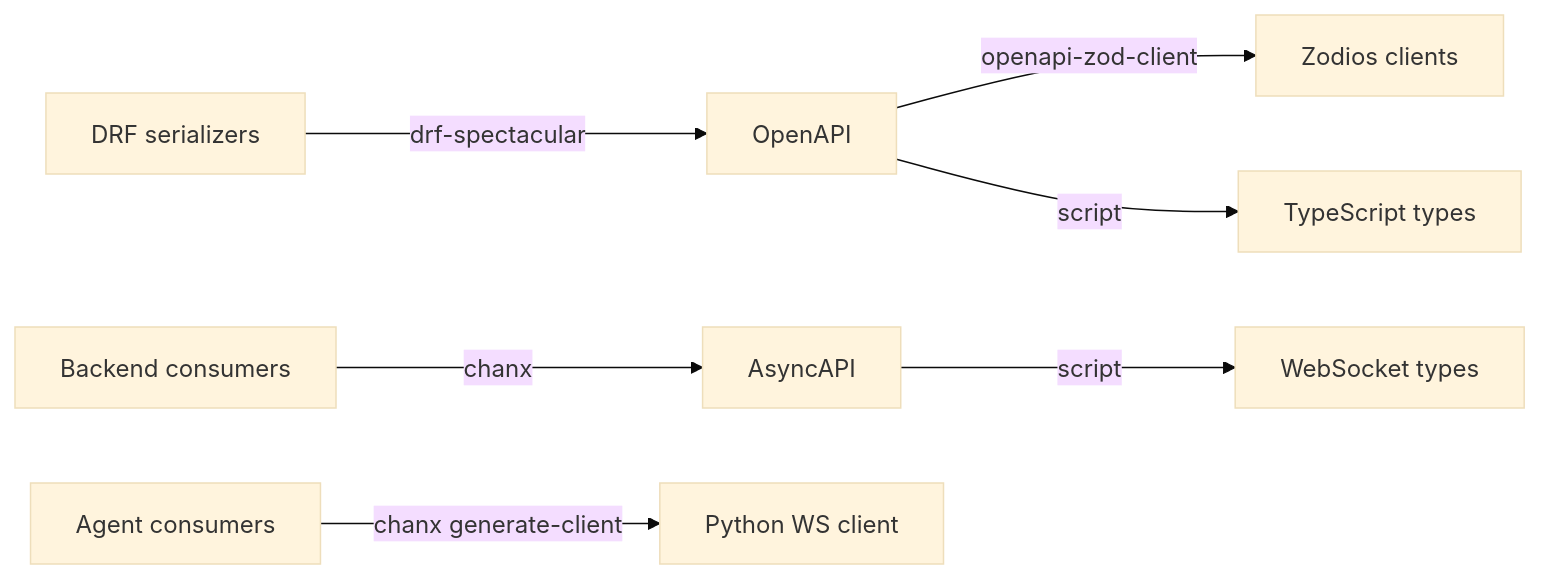
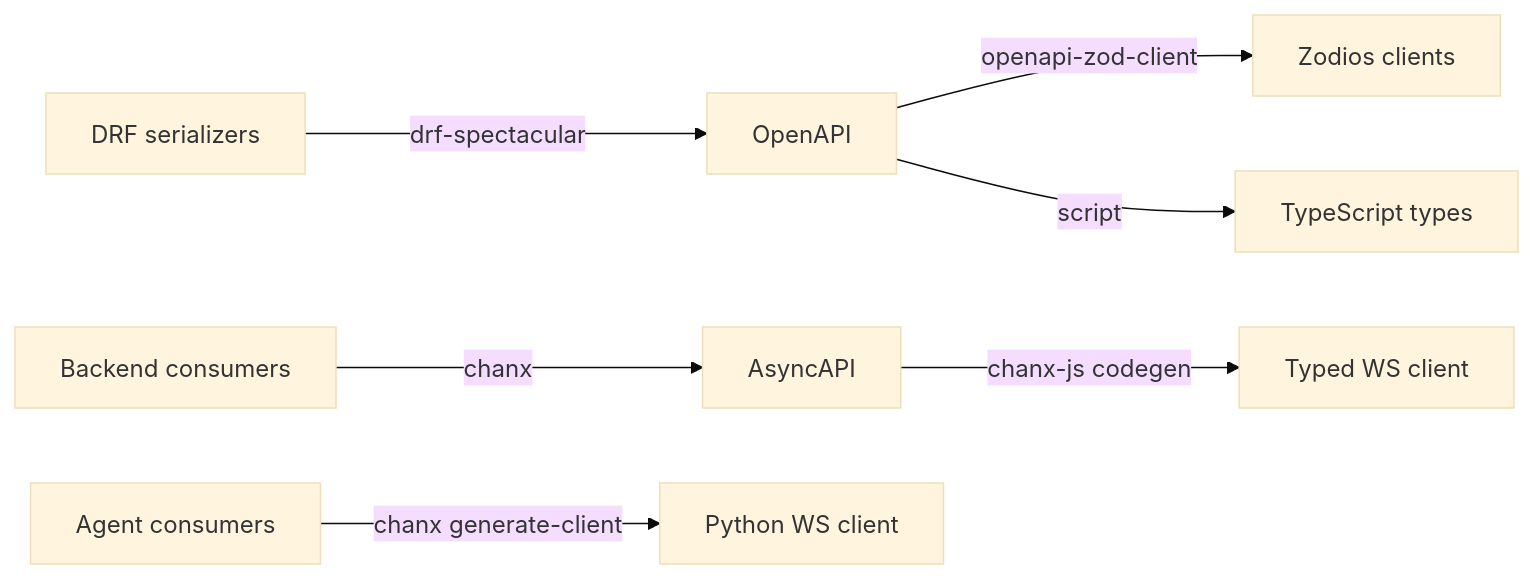
One commit to huynguyengl99/agent-graph-engineering changed the diagram in README.md. Above: the diagram before and after it, drawn with Mermaid (base theme). The commit also changed other lines of this file and 8 other files, not shown here.

First line of the commit message:
test(web): cover the WebSocket hook, and run every suite

````diff
--- a/README.md
+++ b/README.md
@@ -37,11 +37,11 @@
 ```mermaid
 graph LR
     A[DRF serializers] -->|drf-spectacular| B[OpenAPI]
     B -->|openapi-zod-client| C[Zodios clients]
     B -->|script| D[TypeScript types]
 
     E[Backend consumers] -->|chanx| F[AsyncAPI]
-    F -->|script| G[WebSocket types]
+    F -->|chanx-js codegen| G[Typed WS client]
 
     H[Agent consumers] -->|chanx generate-client| I[Python WS client]
 ```
````
